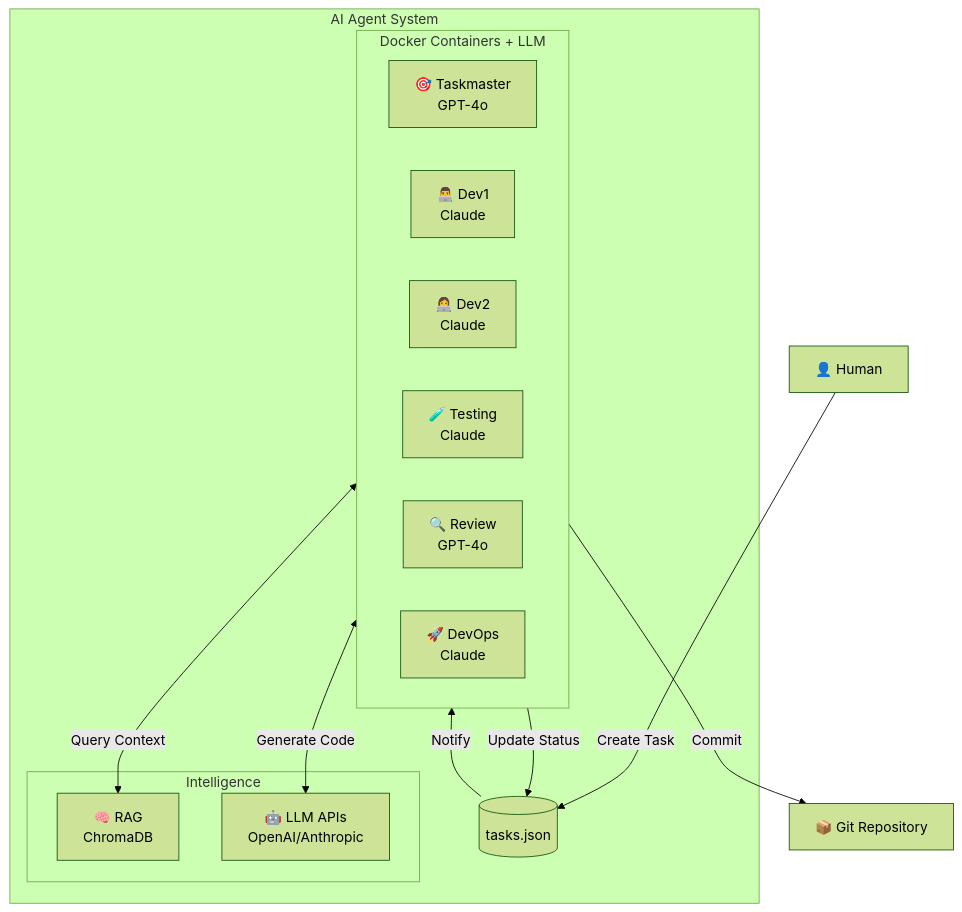
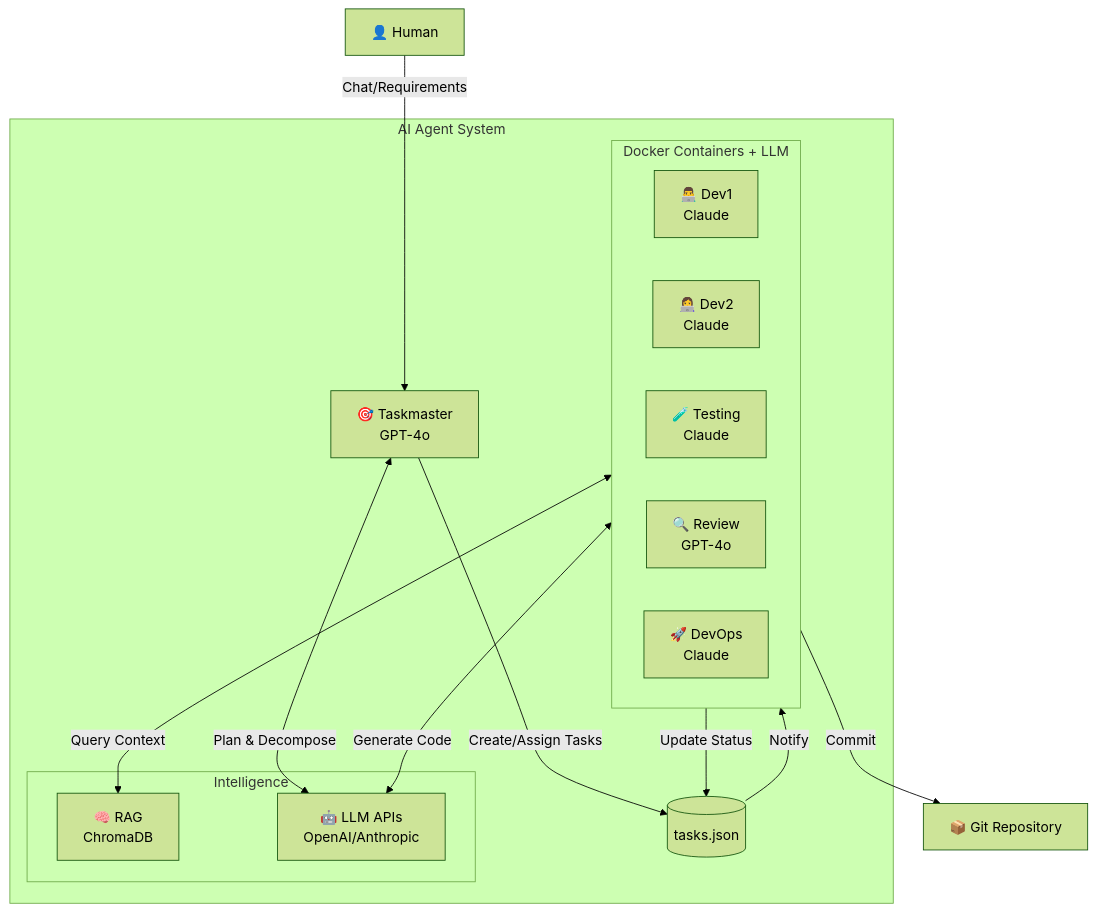
The diagram in README.md (Auda29/Dev_Stack_Complete), drawn with Mermaid (forest theme) before and after one commit. The commit also changed other lines of this file, not shown here.

Commit message:
docs: Rework README to emphasize Taskmaster agent for task creation and provide chat examples.

````diff
--- a/README.md
+++ b/README.md
@@ -37,28 +37,29 @@
 ```mermaid
 graph TD
-    Human[👤 Human] -->|Create Task| JSON[(tasks.json)]
+    Human[👤 Human] -->|Chat/Requirements| Taskmaster
     
     subgraph "AI Agent System"
+        Taskmaster[🎯 Taskmaster<br/>GPT-4o] -->|Create/Assign Tasks| JSON[(tasks.json)]
         JSON -->|Notify| Agents
         
         subgraph Agents [Docker Containers + LLM]
-            Taskmaster[🎯 Taskmaster<br/>GPT-4o]
             Dev1[👨‍💻 Dev1<br/>Claude]
             Dev2[👩‍💻 Dev2<br/>Claude]
             Testing[🧪 Testing<br/>Claude]
             Review[🔍 Review<br/>GPT-4o]
             DevOps[🚀 DevOps<br/>Claude]
         end
         
         subgraph Intelligence
             RAG[🧠 RAG<br/>ChromaDB]
             LLM[🤖 LLM APIs<br/>OpenAI/Anthropic]
         end
         
+        Taskmaster <-->|Plan & Decompose| LLM
         Agents <-->|Query Context| RAG
         Agents <-->|Generate Code| LLM
     end
     
     Agents -->|Commit| Git[📦 Git Repository]
     Agents -->|Update Status| JSON
 ```
````
